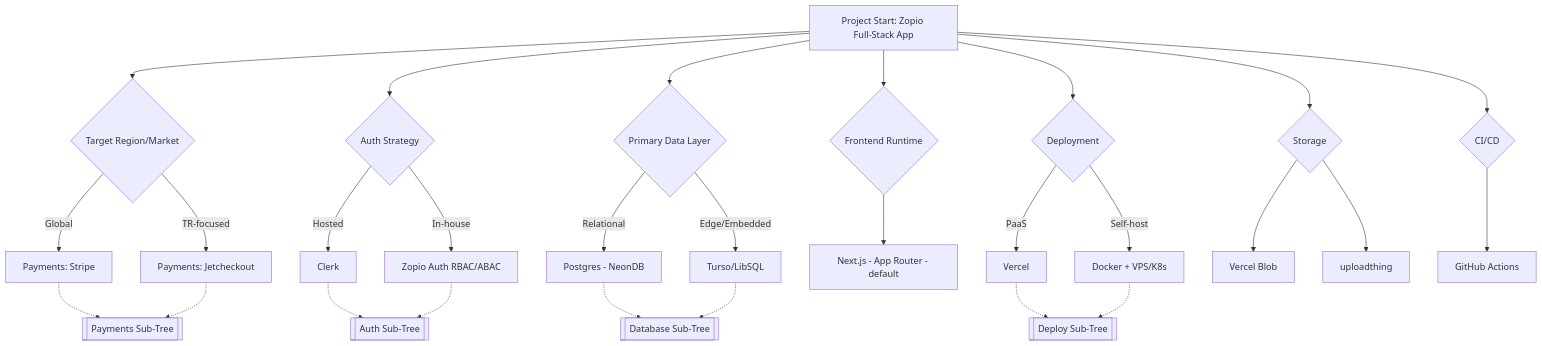
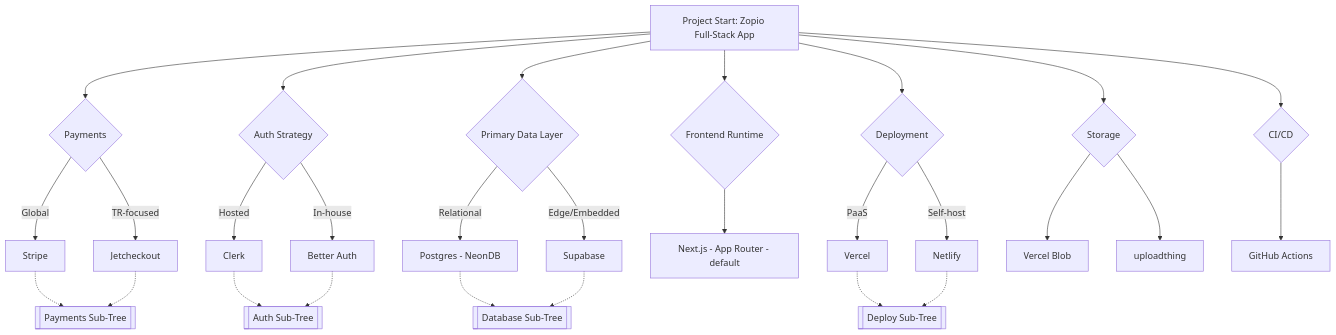
The first of 7 diagrams in README.md (mehmetburakyavuz/test-dog), drawn with Mermaid before and after one commit. The commit also changed other lines of this file, not shown here.

````diff
--- a/README.md
+++ b/README.md
@@ -154,39 +154,39 @@
 ```mermaid
 flowchart TD
 
-    A[Project Start: Zopio Full‑Stack App] --> B{Target Region/Market}
-    B -->|Global| C[Payments: Stripe]
-    B -->|TR‑focused| D[Payments: Jetcheckout]
+    A[Project Start: Zopio Full‑Stack App] --> B{Payments}
+    B -->|Global| C[Stripe]
+    B -->|TR‑focused| D[Jetcheckout]
 
     A --> E{Auth Strategy}
     E -->|Hosted| F[Clerk]
-    E -->|In‑house| G[Zopio Auth RBAC/ABAC]
+    E -->|In‑house| G[Better Auth]
 
     A --> H{Primary Data Layer}
     H -->|Relational| I[Postgres - NeonDB]
-    H -->|Edge/Embedded| J[Turso/LibSQL]
+    H -->|Edge/Embedded| J[Supabase]
 
     A --> K{Frontend Runtime}
     K --> L[Next.js - App Router - default]
 
     A --> M{Deployment}
     M -->|PaaS| N[Vercel]
-    M -->|Self‑host| O[Docker + VPS/K8s]
+    M -->|Self‑host| O[Netlify]
 
     A --> P{Storage}
     P --> Q[Vercel Blob]
     P --> R[uploadthing]
 
     A --> S{CI/CD}
     S --> T[GitHub Actions]
 
     %% Cross‑refs
     C -.-> U[[Payments Sub‑Tree]]
     D -.-> U
     F -.-> V[[Auth Sub‑Tree]]
     G -.-> V
     I -.-> W[[Database Sub‑Tree]]
     J -.-> W
     N -.-> X[[Deploy Sub‑Tree]]
     O -.-> X
 ```
````
